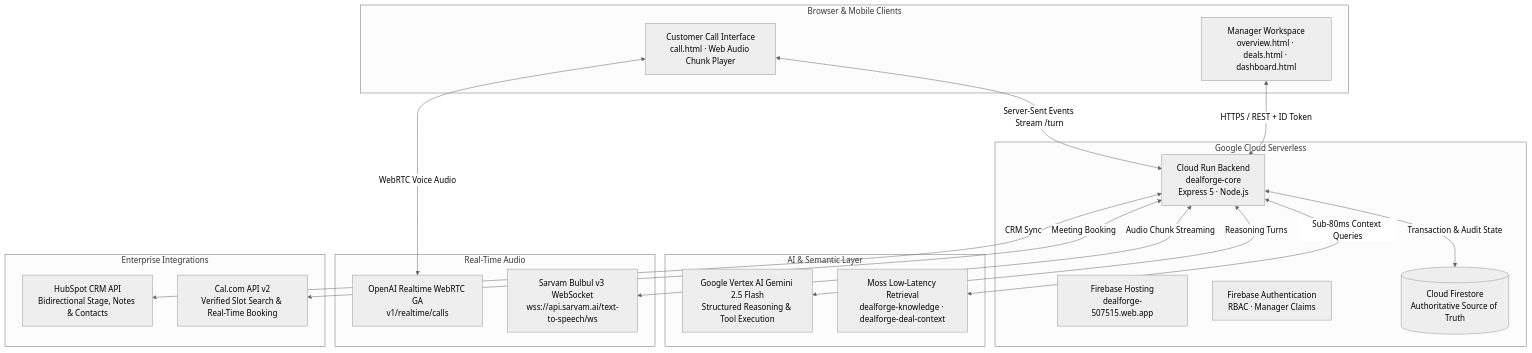
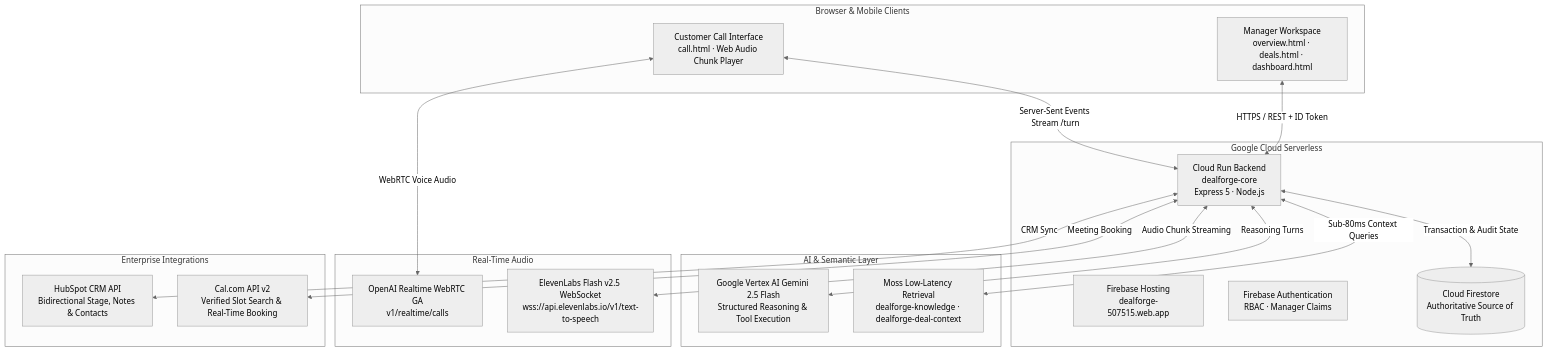
Before and after one commit to Dineshkumar2006471/DealForge: the first of 3 diagrams in README.md, drawn with Mermaid (neutral theme). The commit also changed other lines of this file and 5 other files, not shown here.

Commit message:
chore: fix CI lint errors and update documentation to ElevenLabs Flash v2.5

````diff
--- a/README.md
+++ b/README.md
@@ -77,39 +77,39 @@
 ```mermaid
 flowchart TB
   subgraph Client Tier [Browser & Mobile Clients]
     Customer[Customer Call Interface\ncall.html · Web Audio Chunk Player]
     Manager[Manager Workspace\noverview.html · deals.html · dashboard.html]
   end
 
   subgraph Cloud Edge [Google Cloud Serverless]
     FirebaseHosting[Firebase Hosting\ndealforge-507515.web.app]
     CloudRun[Cloud Run Backend\ndealforge-core\nExpress 5 · Node.js]
     FirebaseAuth[Firebase Authentication\nRBAC · Manager Claims]
     Firestore[(Cloud Firestore\nAuthoritative Source of Truth)]
   end
 
   subgraph Reasoning & Retrieval [AI & Semantic Layer]
     Gemini[Google Vertex AI Gemini 2.5 Flash\nStructured Reasoning & Tool Execution]
     Moss[Moss Low-Latency Retrieval\ndealforge-knowledge · dealforge-deal-context]
   end
 
   subgraph Voice & Audio Transport [Real-Time Audio]
     OpenAI[OpenAI Realtime WebRTC GA\nv1/realtime/calls]
-    Sarvam[Sarvam Bulbul v3 WebSocket\nwss://api.sarvam.ai/text-to-speech/ws]
+    ElevenLabs[ElevenLabs Flash v2.5 WebSocket\nwss://api.elevenlabs.io/v1/text-to-speech]
   end
 
   subgraph Enterprise Ecosystem [Enterprise Integrations]
     HubSpot[HubSpot CRM API\nBidirectional Stage, Notes & Contacts]
     CalCom[Cal.com API v2\nVerified Slot Search & Real-Time Booking]
   end
 
   Customer <-->|WebRTC Voice Audio| OpenAI
   Customer <-->|Server-Sent Events Stream /turn| CloudRun
   Manager <-->|HTTPS / REST + ID Token| CloudRun
   CloudRun <-->|Transaction & Audit State| Firestore
   CloudRun <-->|Reasoning Turns| Gemini
   CloudRun <-->|Sub-80ms Context Queries| Moss
-  CloudRun <-->|Audio Chunk Streaming| Sarvam
+  CloudRun <-->|Audio Chunk Streaming| ElevenLabs
   CloudRun <-->|CRM Sync| HubSpot
   CloudRun <-->|Meeting Booking| CalCom
 ```
````
